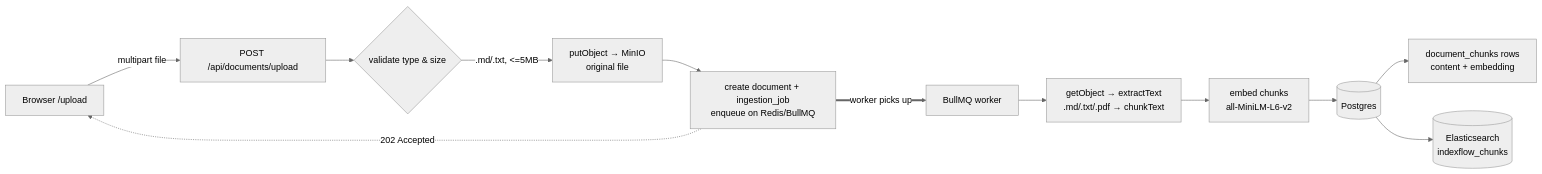
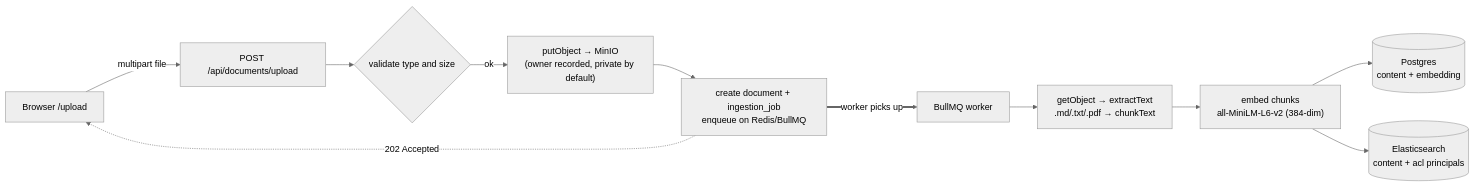
One commit to JCHETAN26/IndexFlow changed the second of 5 diagrams in README.md. Above: the diagram before and after it, drawn with Mermaid (neutral theme). The commit also changed other lines of this file and 3 other files, not shown here.

First line of the commit message:
docs: professional README overhaul — diagrams + demo screenshots (#14)

````diff
--- a/README.md
+++ b/README.md
@@ -102,14 +178,13 @@
 ```mermaid
 flowchart LR
-    A[Browser /upload] -->|multipart file| B[POST /api/documents/upload]
-    B --> C{validate type & size}
-    C -->|.md/.txt, <=5MB| M[putObject → MinIO<br/>original file]
-    M --> J[create document + ingestion_job<br/>enqueue on Redis/BullMQ]
+    A["Browser /upload"] -->|multipart file| B["POST /api/documents/upload"]
+    B --> C{"validate type and size"}
+    C -->|"ok"| M["putObject → MinIO<br/>(owner recorded, private by default)"]
+    M --> J["create document + ingestion_job<br/>enqueue on Redis/BullMQ"]
     J -.->|202 Accepted| A
-    J ==>|worker picks up| W[BullMQ worker]
-    W --> D[getObject → extractText<br/>.md/.txt/.pdf → chunkText]
-    D --> E[embed chunks<br/>all-MiniLM-L6-v2]
-    E --> F[(Postgres)]
-    F --> H[document_chunks rows<br/>content + embedding]
-    F --> ES[(Elasticsearch<br/>indexflow_chunks)]
+    J ==>|worker picks up| W["BullMQ worker"]
+    W --> D["getObject → extractText<br/>.md/.txt/.pdf → chunkText"]
+    D --> E["embed chunks<br/>all-MiniLM-L6-v2 (384-dim)"]
+    E --> F[("Postgres<br/>content + embedding")]
+    E --> ES[("Elasticsearch<br/>content + acl principals")]
 ```
````
